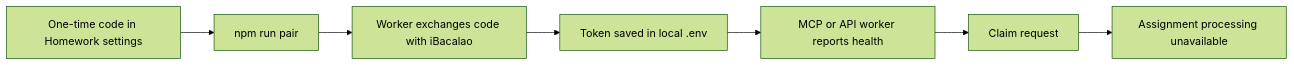
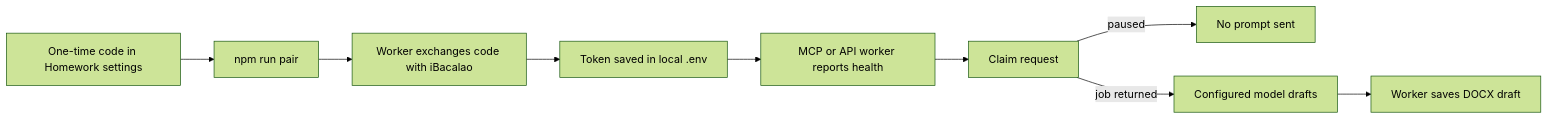
Before and after one commit to vibecode-king/ibacalao-homework-automation: the diagram in README.md, drawn with Mermaid (forest theme). The commit also changed other lines of this file and 15 other files, not shown here.

Commit message:
fix: upload homework drafts as DOCX

````diff
--- a/README.md
+++ b/README.md
@@ -118,9 +120,11 @@
 ```mermaid
 flowchart LR
     C[One-time code in Homework settings] --> P[npm run pair]
     P --> X[Worker exchanges code with iBacalao]
     X --> E[Token saved in local .env]
     E --> W[MCP or API worker reports health]
     W --> Q[Claim request]
-    Q --> R[Assignment processing unavailable]
+    Q -->|paused| R[No prompt sent]
+    Q -->|job returned| M[Configured model drafts]
+    M --> D[Worker saves DOCX draft]
 ```
````
